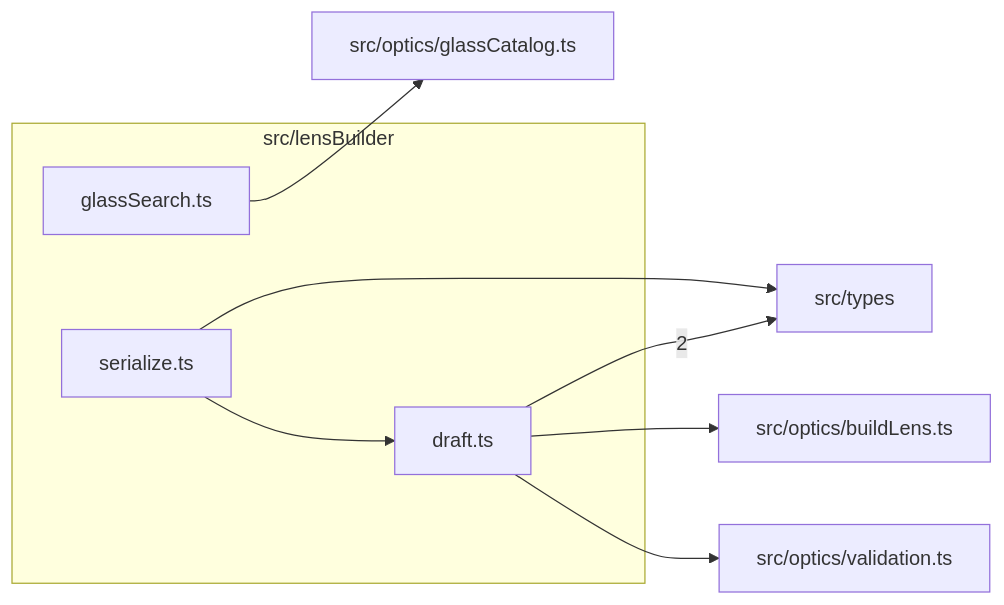
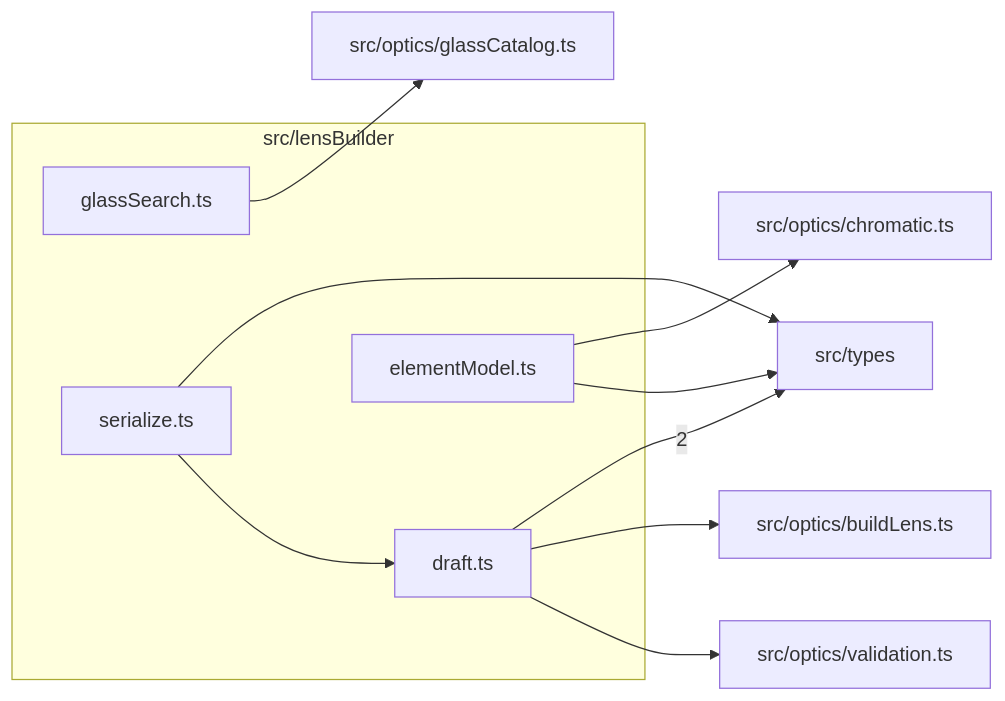
Before and after one commit to ronbuening/LensVisualizer: the diagram in src/lensBuilder/readme.md, drawn with Mermaid. The commit also changed other lines of this file and 24 other files, not shown here.

First line of the commit message:
Redesign the lens builder around elements, gaps and materials

````diff
--- a/src/lensBuilder/readme.md
+++ b/src/lensBuilder/readme.md
@@ -9,18 +9,22 @@
 ```mermaid
 flowchart LR
   subgraph n_src_lensBuilder["src/lensBuilder"]
     n_src_lensBuilder_src_lensBuilder_draft_ts["draft.ts"]
+    n_src_lensBuilder_src_lensBuilder_elementModel_ts["elementModel.ts"]
     n_src_lensBuilder_src_lensBuilder_glassSearch_ts["glassSearch.ts"]
     n_src_lensBuilder_src_lensBuilder_serialize_ts["serialize.ts"]
   end
   n_external_src_types["src/types"]
   n_external_src_optics_buildLens_ts["src/optics/buildLens.ts"]
+  n_external_src_optics_chromatic_ts["src/optics/chromatic.ts"]
   n_external_src_optics_glassCatalog_ts["src/optics/glassCatalog.ts"]
   n_external_src_optics_validation_ts["src/optics/validation.ts"]
   n_src_lensBuilder_src_lensBuilder_draft_ts --> |2| n_external_src_types
   n_src_lensBuilder_src_lensBuilder_draft_ts --> n_external_src_optics_buildLens_ts
+  n_src_lensBuilder_src_lensBuilder_elementModel_ts --> n_external_src_optics_chromatic_ts
   n_src_lensBuilder_src_lensBuilder_glassSearch_ts --> n_external_src_optics_glassCatalog_ts
   n_src_lensBuilder_src_lensBuilder_draft_ts --> n_external_src_optics_validation_ts
+  n_src_lensBuilder_src_lensBuilder_elementModel_ts --> n_external_src_types
   n_src_lensBuilder_src_lensBuilder_serialize_ts --> n_external_src_types
   n_src_lensBuilder_src_lensBuilder_serialize_ts --> n_src_lensBuilder_src_lensBuilder_draft_ts
 ```
````
